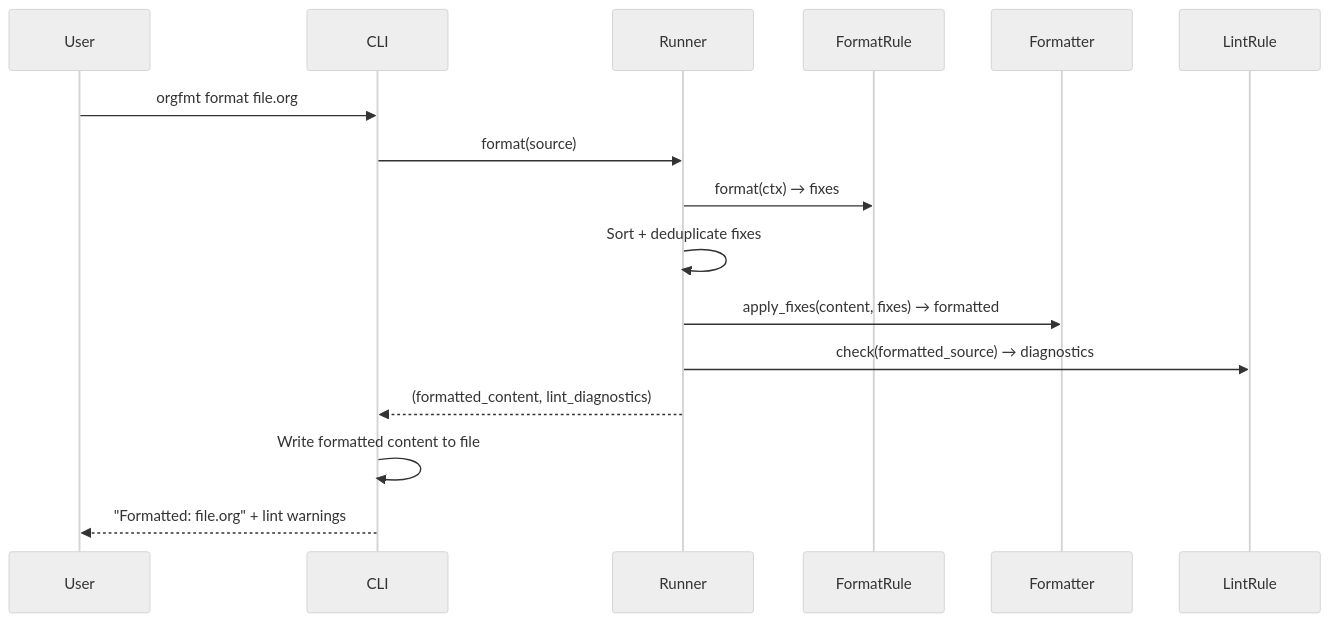
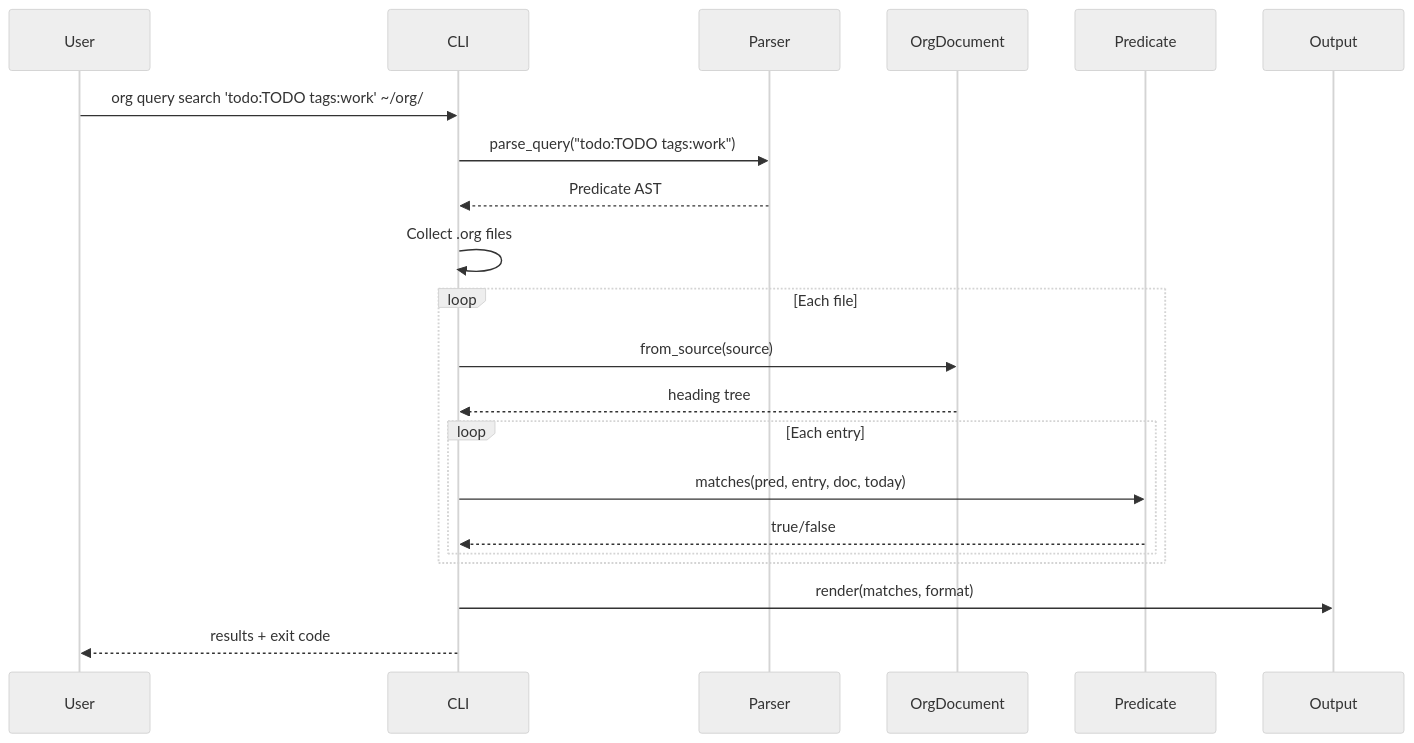
Before and after one commit to lino/org-tools: the fourth of 4 diagrams in docs/technical/architecture.org, drawn with Mermaid (neutral theme). The commit also changed other lines of this file and 1 other file, not shown here.

First line of the commit message:
docs: update architecture for workspace structure and new modules

```diff
--- a/docs/technical/architecture.org
+++ b/docs/technical/architecture.org
@@ -197,19 +286,24 @@
-#+begin_src mermaid :file runtime-format.png
+#+begin_src mermaid :file runtime-query.png
 sequenceDiagram
     participant User
     participant CLI
-    participant Runner
-    participant FormatRule
-    participant Formatter
-    participant LintRule
+    participant Parser
+    participant OrgDocument
+    participant Predicate
+    participant Output
 
-    User->>CLI: orgfmt format file.org
-    CLI->>Runner: format(source)
-    Runner->>FormatRule: format(ctx) → fixes
-    Runner->>Runner: Sort + deduplicate fixes
-    Runner->>Formatter: apply_fixes(content, fixes) → formatted
-    Runner->>LintRule: check(formatted_source) → diagnostics
-    Runner-->>CLI: (formatted_content, lint_diagnostics)
-    CLI->>CLI: Write formatted content to file
-    CLI-->>User: "Formatted: file.org" + lint warnings
+    User->>CLI: org query search 'todo:TODO tags:work' ~/org/
+    CLI->>Parser: parse_query("todo:TODO tags:work")
+    Parser-->>CLI: Predicate AST
+    CLI->>CLI: Collect .org files
+    loop Each file
+        CLI->>OrgDocument: from_source(source)
+        OrgDocument-->>CLI: heading tree
+        loop Each entry
+            CLI->>Predicate: matches(pred, entry, doc, today)
+            Predicate-->>CLI: true/false
+        end
+    end
+    CLI->>Output: render(matches, format)
+    CLI-->>User: results + exit code
 #+end_src
```
